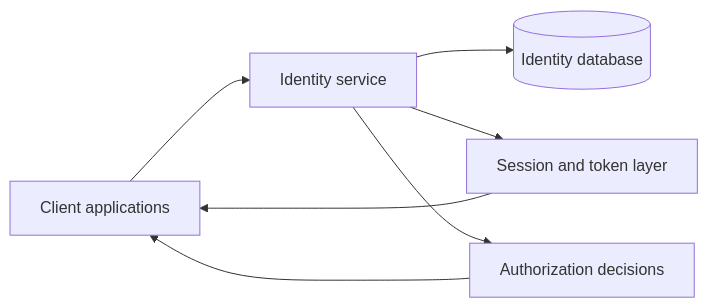
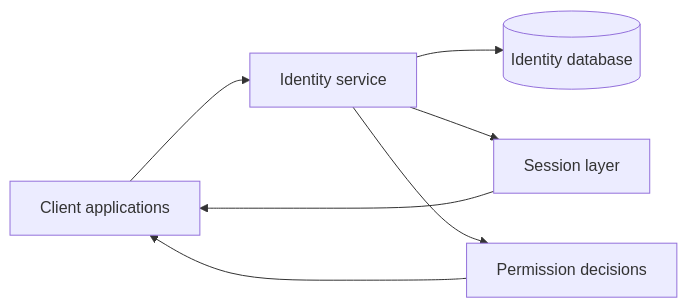
The third of 3 diagrams in frontend/content/projects/multitenant-user-management.md (farismnrr/portofolio), drawn with Mermaid before and after one commit. The commit also changed other lines of this file and 6 other files, not shown here.

````diff
--- a/frontend/content/projects/multitenant-user-management.md
+++ b/frontend/content/projects/multitenant-user-management.md
@@ -102,9 +142,9 @@
 ```mermaid
 flowchart LR
     A[Client applications] --> I[Identity service]
     I --> D[(Identity database)]
-    I --> S[Session and token layer]
-    I --> C[Authorization decisions]
+    I --> S[Session layer]
+    I --> P[Permission decisions]
     S --> A
-    C --> A
+    P --> A
 ```
````
